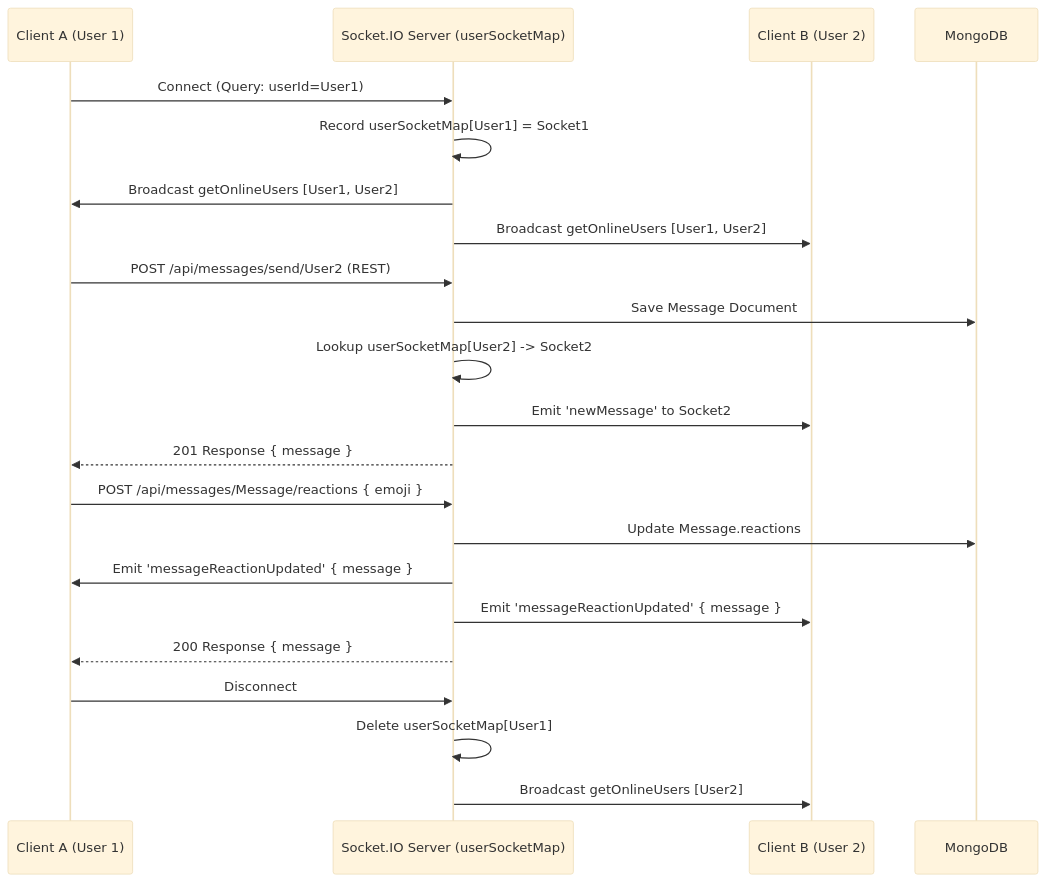
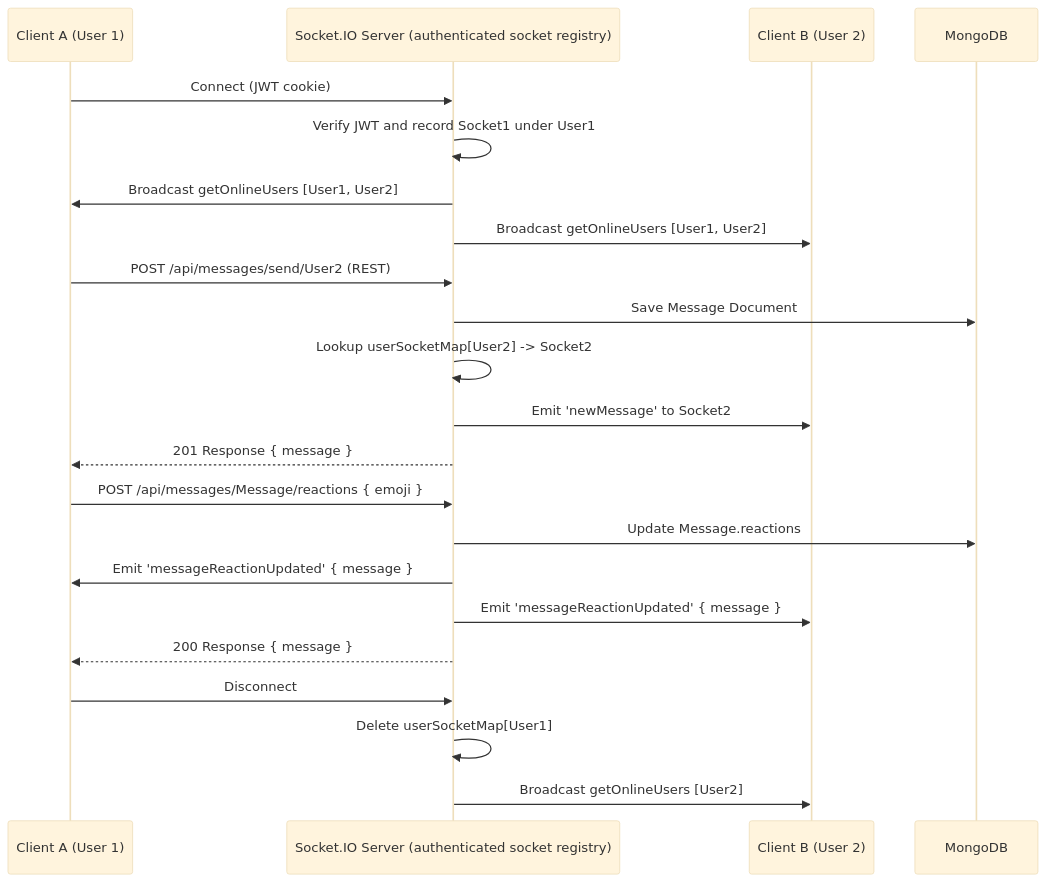
The third of 3 diagrams in docs/ARCHITECTURE.md (hocvn/chat-app), drawn with Mermaid (base theme) before and after one commit. The commit also changed other lines of this file and 11 other files, not shown here.

````diff
--- a/docs/ARCHITECTURE.md
+++ b/docs/ARCHITECTURE.md
@@ -215,28 +215,28 @@
 ```mermaid
 sequenceDiagram
     participant ClientA as Client A (User 1)
-    participant Server as Socket.IO Server (userSocketMap)
+     participant Server as Socket.IO Server (authenticated socket registry)
     participant ClientB as Client B (User 2)
     participant DB as MongoDB
 
-    ClientA->>Server: Connect (Query: userId=User1)
-    Server->>Server: Record userSocketMap[User1] = Socket1
+    ClientA->>Server: Connect (JWT cookie)
+    Server->>Server: Verify JWT and record Socket1 under User1
     Server->>ClientA: Broadcast getOnlineUsers [User1, User2]
     Server->>ClientB: Broadcast getOnlineUsers [User1, User2]
 
     ClientA->>Server: POST /api/messages/send/User2 (REST)
     Server->>DB: Save Message Document
     Server->>Server: Lookup userSocketMap[User2] -> Socket2
     Server->>ClientB: Emit 'newMessage' to Socket2
     Server-->>ClientA: 201 Response { message }
 
     ClientA->>Server: POST /api/messages/Message/reactions { emoji }
     Server->>DB: Update Message.reactions
     Server->>ClientA: Emit 'messageReactionUpdated' { message }
     Server->>ClientB: Emit 'messageReactionUpdated' { message }
     Server-->>ClientA: 200 Response { message }
 
     ClientA->>Server: Disconnect
     Server->>Server: Delete userSocketMap[User1]
     Server->>ClientB: Broadcast getOnlineUsers [User2]
 ```
````
